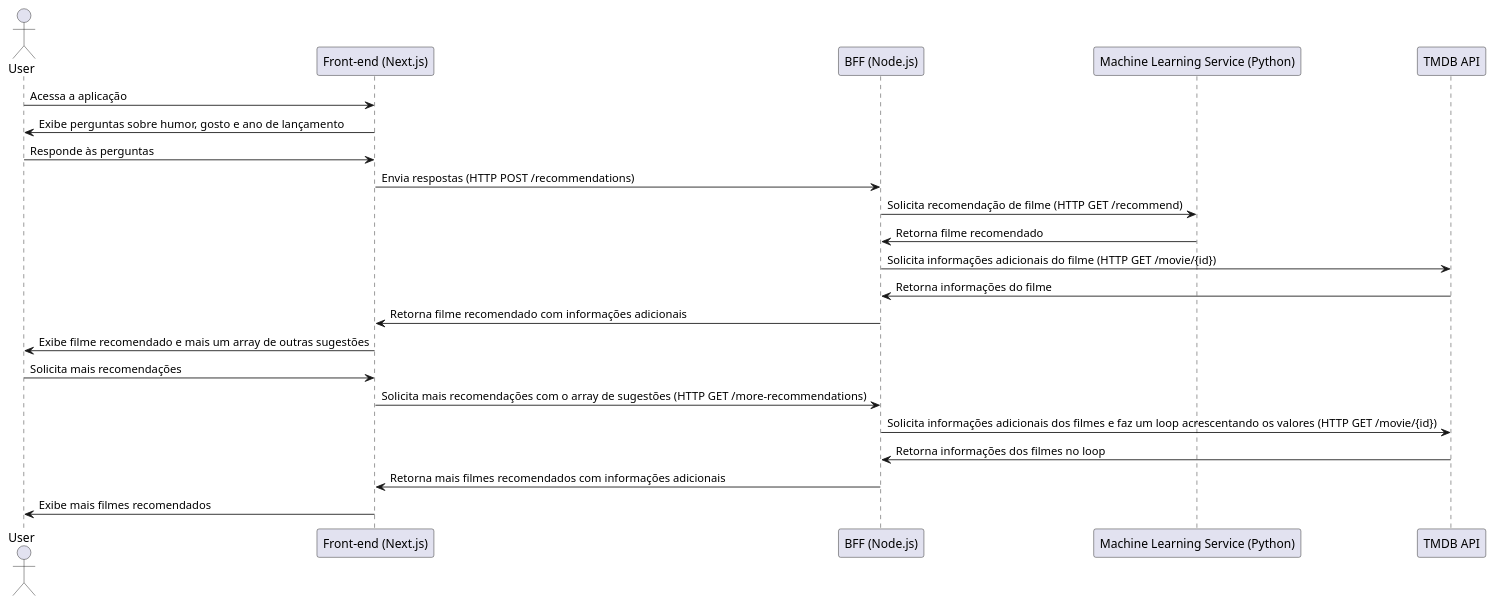
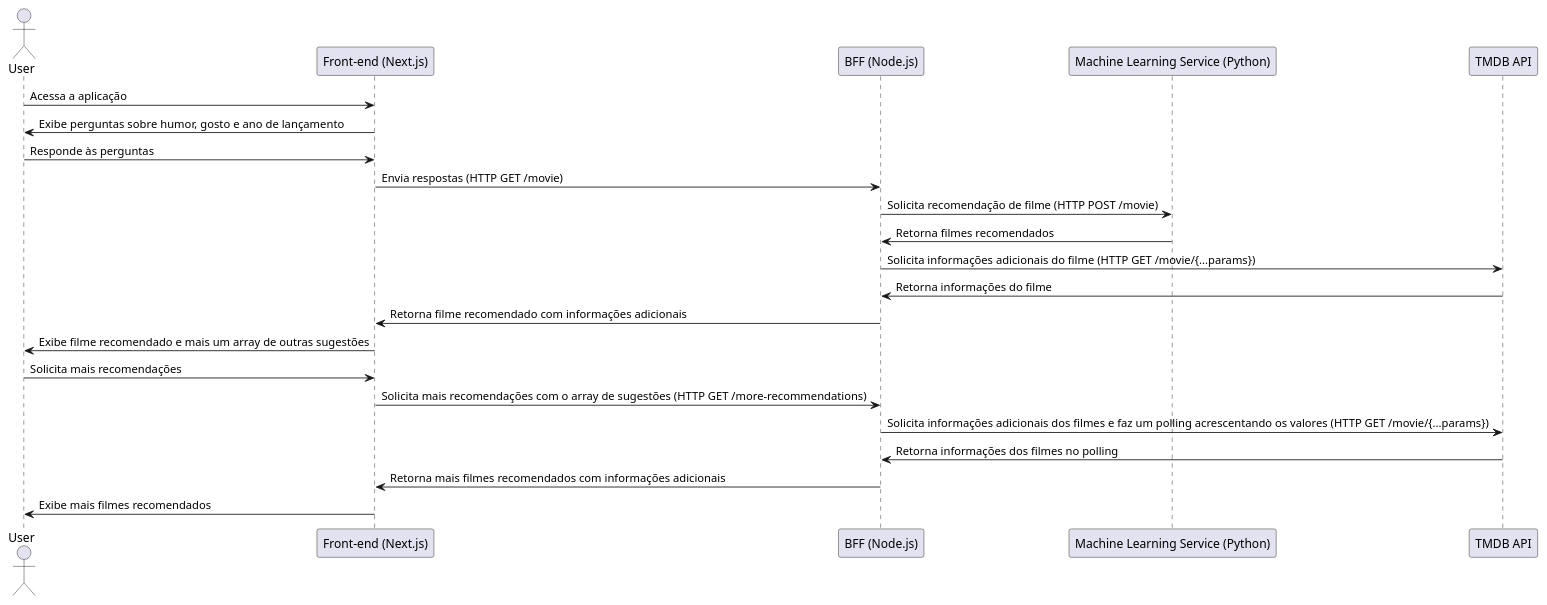
One commit to ElJohnnie/what-to-watch-tonight changed the diagram in docs/sequence.wsd. Above: the diagram before and after it, drawn with PlantUML. The commit also changed 2 other files, not shown here.

Commit message:
: Atualização por script dos submódulos

```diff
--- a/docs/sequence.wsd
+++ b/docs/sequence.wsd
@@ -1,27 +1,27 @@
 @startuml
 actor User
 
 participant "Front-end (Next.js)" as FrontEnd
 participant "BFF (Node.js)" as BFF
 participant "Machine Learning Service (Python)" as MLService
 participant "TMDB API" as TMDB
 
 User -> FrontEnd: Acessa a aplicação
 FrontEnd -> User: Exibe perguntas sobre humor, gosto e ano de lançamento
 User -> FrontEnd: Responde às perguntas
-FrontEnd -> BFF: Envia respostas (HTTP POST /recommendations)
-BFF -> MLService: Solicita recomendação de filme (HTTP GET /recommend)
-MLService -> BFF: Retorna filme recomendado
-BFF -> TMDB: Solicita informações adicionais do filme (HTTP GET /movie/{id})
+FrontEnd -> BFF: Envia respostas (HTTP GET /movie)
+BFF -> MLService: Solicita recomendação de filme (HTTP POST /movie)
+MLService -> BFF: Retorna filmes recomendados
+BFF -> TMDB: Solicita informações adicionais do filme (HTTP GET /movie/{...params})
 TMDB -> BFF: Retorna informações do filme
 BFF -> FrontEnd: Retorna filme recomendado com informações adicionais
 FrontEnd -> User: Exibe filme recomendado e mais um array de outras sugestões
 
 User -> FrontEnd: Solicita mais recomendações 
 FrontEnd -> BFF: Solicita mais recomendações com o array de sugestões (HTTP GET /more-recommendations)
-BFF -> TMDB: Solicita informações adicionais dos filmes e faz um loop acrescentando os valores (HTTP GET /movie/{id})
-TMDB -> BFF: Retorna informações dos filmes no loop
+BFF -> TMDB: Solicita informações adicionais dos filmes e faz um polling acrescentando os valores (HTTP GET /movie/{...params})
+TMDB -> BFF: Retorna informações dos filmes no polling
 BFF -> FrontEnd: Retorna mais filmes recomendados com informações adicionais
 FrontEnd -> User: Exibe mais filmes recomendados
 
 @enduml
```
